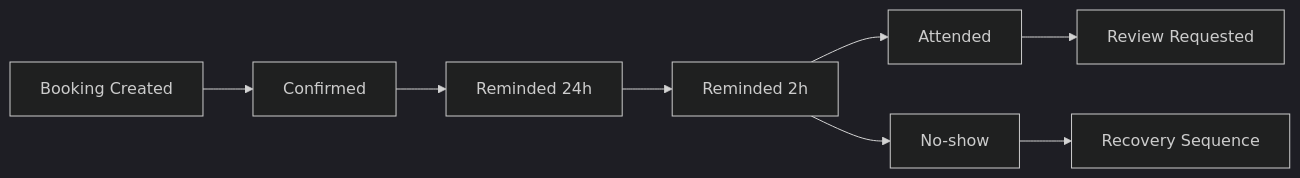
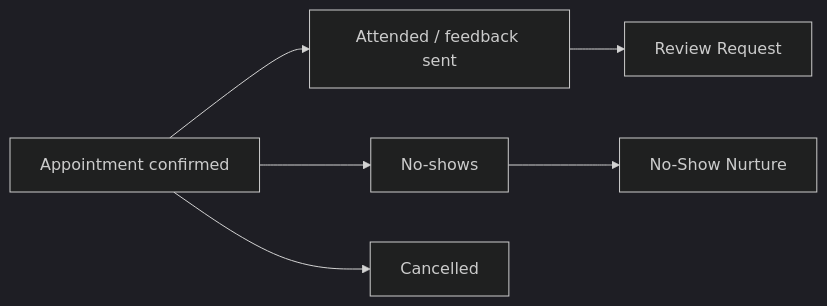
One commit to khaledabdelaziz1330-dot/Khaled-AI-Automation-Portfolio changed the third of 4 diagrams in holistic-wellness-club/architecture.md. Above: the diagram before and after it, drawn with Mermaid (dark theme). The commit also changed other lines of this file and 50 other files, not shown here.

````diff
--- a/holistic-wellness-club/architecture.md
+++ b/holistic-wellness-club/architecture.md
@@ -97,10 +97,8 @@
 ```mermaid
 flowchart LR
-    A[Booking Created] --> B[Confirmed]
-    B --> C[Reminded 24h]
-    C --> D[Reminded 2h]
-    D --> E[Attended]
-    E --> F[Review Requested]
-    D --> G[No-show]
-    G --> H[Recovery Sequence]
+    A[Appointment confirmed] --> B[Attended / feedback sent]
+    B --> C[Review Request]
+    A --> D[No-shows]
+    D --> E[No-Show Nurture]
+    A --> F[Cancelled]
 ```
````
